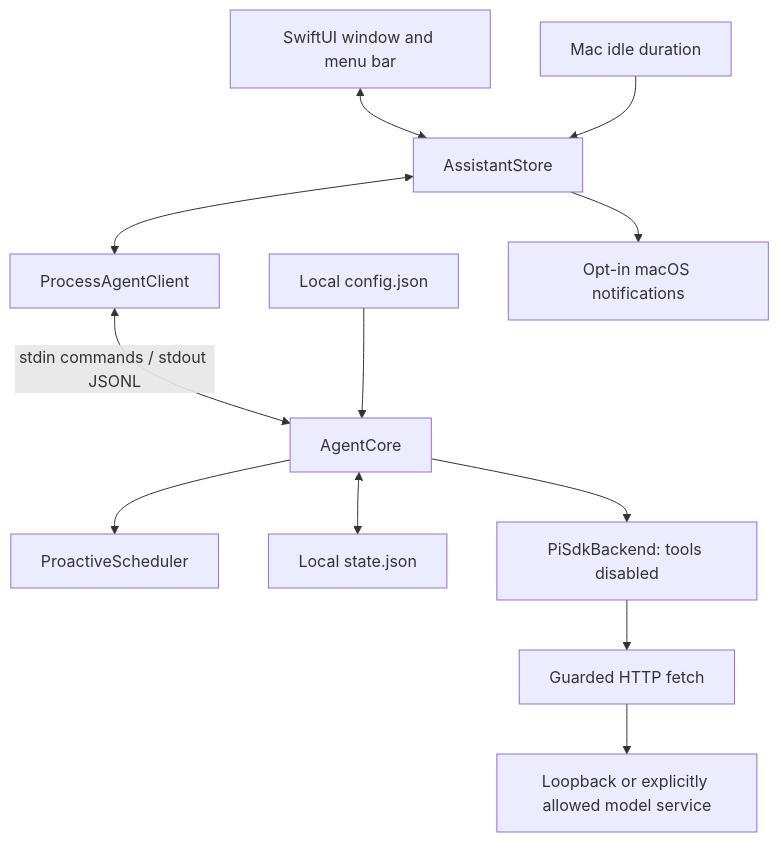
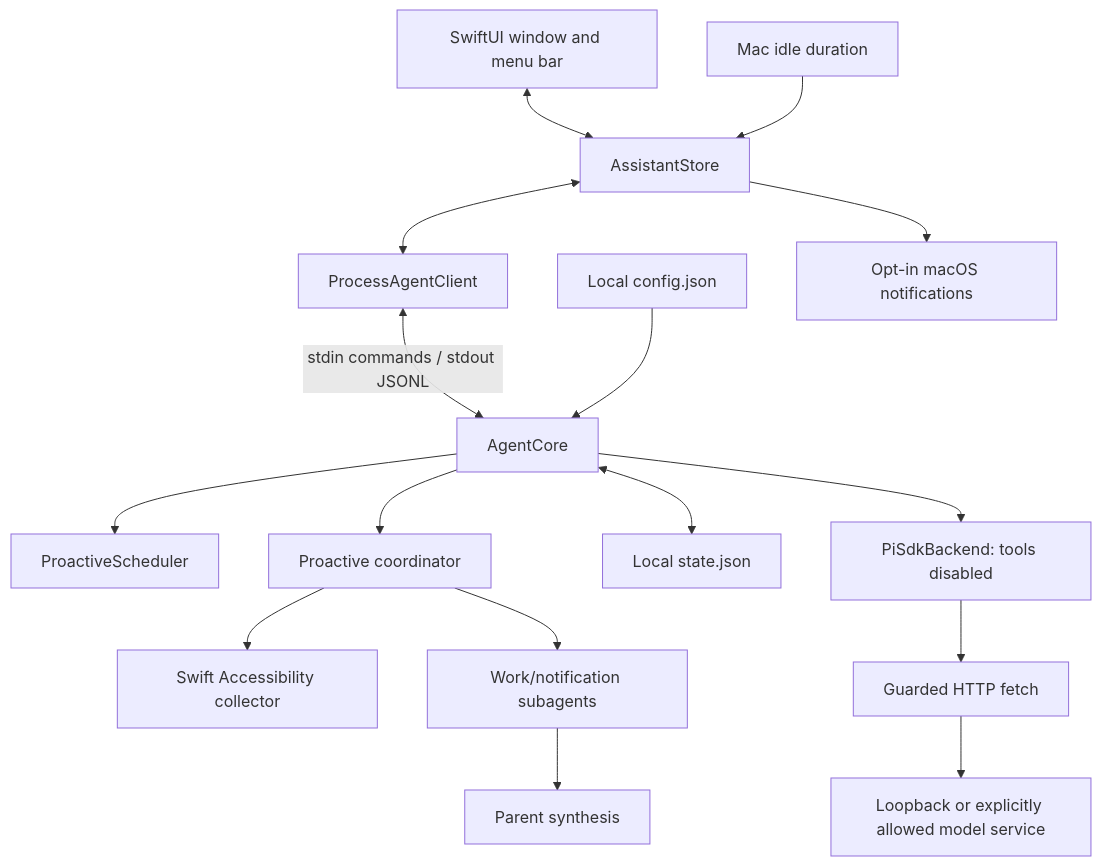
The diagram in docs/architecture.md (wzz6423/another-you), drawn with Mermaid before and after one commit. The commit also changed other lines of this file and 143 other files, not shown here.

````diff
--- a/docs/architecture.md
+++ b/docs/architecture.md
@@ -9,14 +9,18 @@
 ```mermaid
 flowchart TD
     UI[SwiftUI window and menu bar] <--> Store[AssistantStore]
     Idle[Mac idle duration] --> Store[AssistantStore]
     Store <--> Client[ProcessAgentClient]
     Client <-->|stdin commands / stdout JSONL| Core[AgentCore]
     Core --> Rules[ProactiveScheduler]
+    Core --> Proactive[Proactive coordinator]
+    Proactive --> SwiftContext[Swift Accessibility collector]
+    Proactive --> Subagents[Work/notification subagents]
+    Subagents --> Parent[Parent synthesis]
     Core <--> State[Local state.json]
     Settings[Local config.json] --> Core
     Core --> Pi[PiSdkBackend: tools disabled]
     Pi --> Fetch[Guarded HTTP fetch]
     Fetch --> Model[Loopback or explicitly allowed model service]
     Store --> Notifications[Opt-in macOS notifications]
 ```
````
